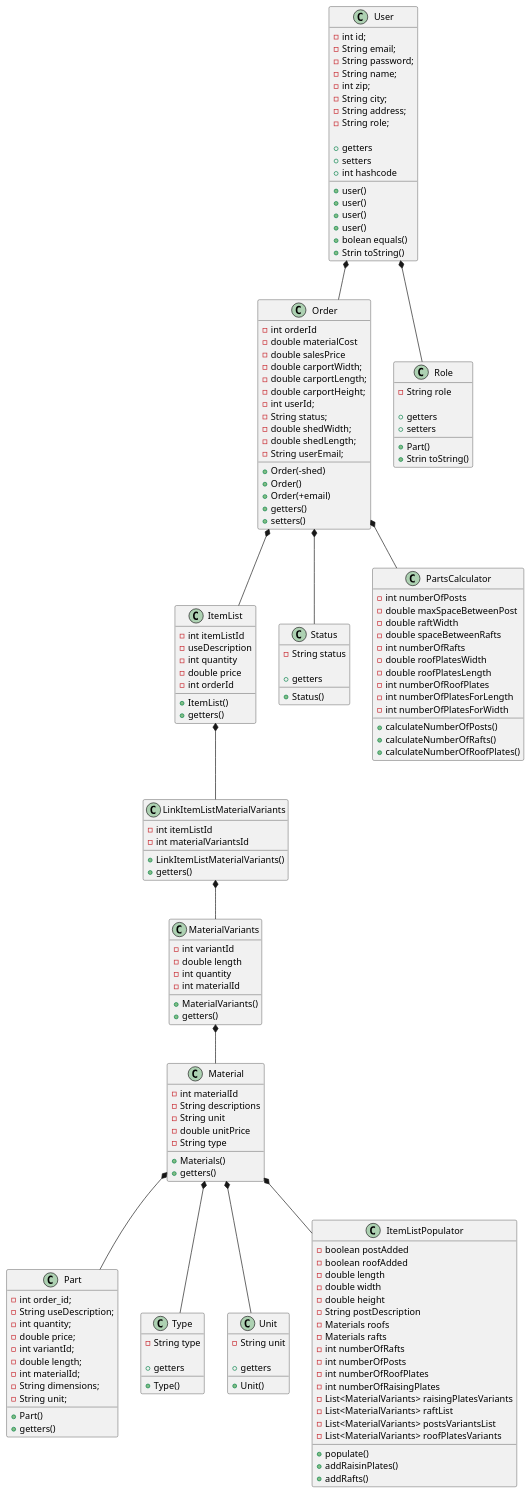
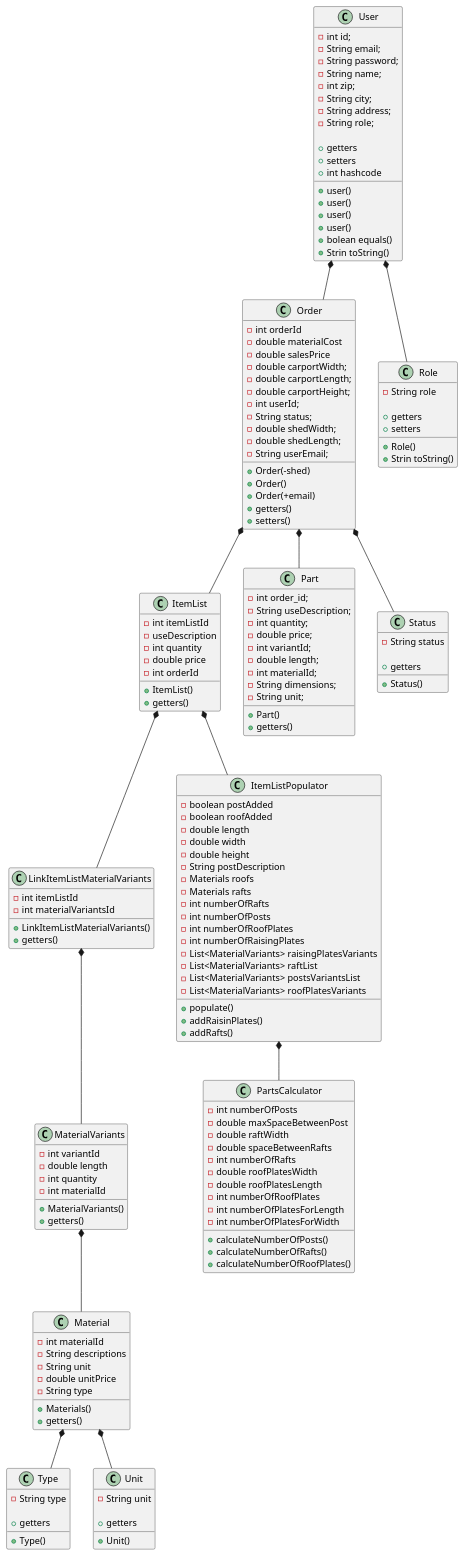
Before and after one commit to TheRealJackiBoi/dat2-fog-carport: the diagram in documentation/ClassDiagram.puml, drawn with PlantUML.

Commit message:
made changes to class diagram

```diff
--- a/documentation/ClassDiagram.puml
+++ b/documentation/ClassDiagram.puml
@@ -1,194 +1,195 @@
 @startuml
 
 class ItemList{
     -int itemListId
     -useDescription
     -int quantity
     -double price
     -int orderId
 
     +ItemList()
     +getters()
 }
 
 class LinkItemListMaterialVariants {
     -int itemListId
     -int materialVariantsId
 
     +LinkItemListMaterialVariants()
     +getters()
 }
 
 class Material {
     -int materialId
     -String descriptions
     -String unit
     -double unitPrice
     -String type
 
     +Materials()
     +getters()
 
 }
 
 class MaterialVariants {
     -int variantId
     -double length
     -int quantity
     -int materialId
 
     +MaterialVariants()
     +getters()
 
 }
 
 class Order {
     -int orderId
     -double materialCost
     -double salesPrice
     -double carportWidth;
     -double carportLength;
     -double carportHeight;
     -int userId;
     -String status;
     -double shedWidth;
     -double shedLength;
     -String userEmail;
 
     +Order(-shed)
     +Order()
     +Order(+email)
     +getters()
     +setters()
 
 }
 
 class Part {
     -int order_id;
     -String useDescription;
     -int quantity;
     -double price;
     -int variantId;
     -double length;
     -int materialId;
     -String dimensions;
     -String unit;
 
     +Part()
     +getters()
 
 }
 
 class Role {
     -String role
 
-    +Part()
+    +Role()
     +getters
     +setters
     +Strin toString()
 
 }
 
 class Status {
     -String status
 
     +Status()
     +getters
 
 }
 
 class Type {
     -String type
 
     +Type()
     +getters
 }
 
 class Unit {
     -String unit
 
     +Unit()
     +getters
 
 }
 
 class User {
     -int id;
     -String email;
     -String password;
     -String name;
     -int zip;
     -String city;
     -String address;
     -String role;
 
     +user()
     +user()
     +user()
     +user()
     +getters
     +setters
     +bolean equals()
     +int hashcode
     +Strin toString()
 
 }
 
 class ItemListPopulator {
         -boolean postAdded
         -boolean roofAdded
         -double length
         -double width
         -double height
         -String postDescription
         -Materials roofs
         -Materials rafts
         -int numberOfRafts
         -int numberOfPosts
         -int numberOfRoofPlates
         -int numberOfRaisingPlates
         -List<MaterialVariants> raisingPlatesVariants
         -List<MaterialVariants> raftList
         -List<MaterialVariants> postsVariantsList
         -List<MaterialVariants> roofPlatesVariants
 
         +populate()
         +addRaisinPlates()
         +addRafts()
 
 
 }
 
 class PartsCalculator{
         -int numberOfPosts
         -double maxSpaceBetweenPost
         -double raftWidth
         -double spaceBetweenRafts
         -int numberOfRafts
         -double roofPlatesWidth
         -double roofPlatesLength
         -int numberOfRoofPlates
         -int numberOfPlatesForLength
         -int numberOfPlatesForWidth
 
         +calculateNumberOfPosts()
         +calculateNumberOfRafts()
         +calculateNumberOfRoofPlates()
 
 }
 
 User *-- Order
 User *-- Role
 Order *-- ItemList
 Order *-- Status
-Order *-- PartsCalculator
+ItemListPopulator *-- PartsCalculator
 ItemList *-- LinkItemListMaterialVariants
 LinkItemListMaterialVariants *-- MaterialVariants
 MaterialVariants *-- Material
 Material *-- Unit
 Material *-- Type
-Material *-- ItemListPopulator
-Material *-- Part
+ItemList *-- ItemListPopulator
+Order *-- Part
+
 
 
 @enduml
```
